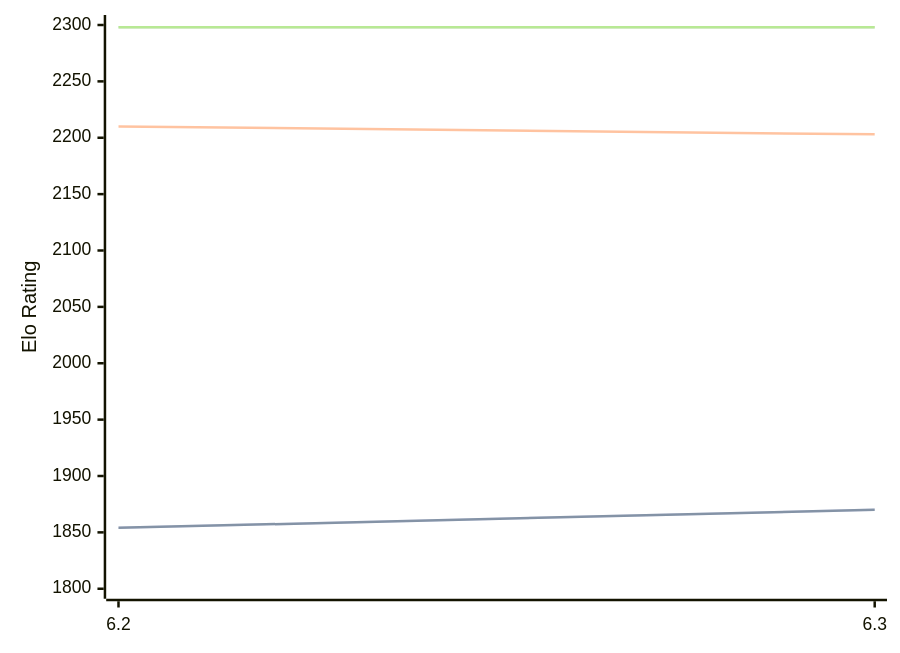
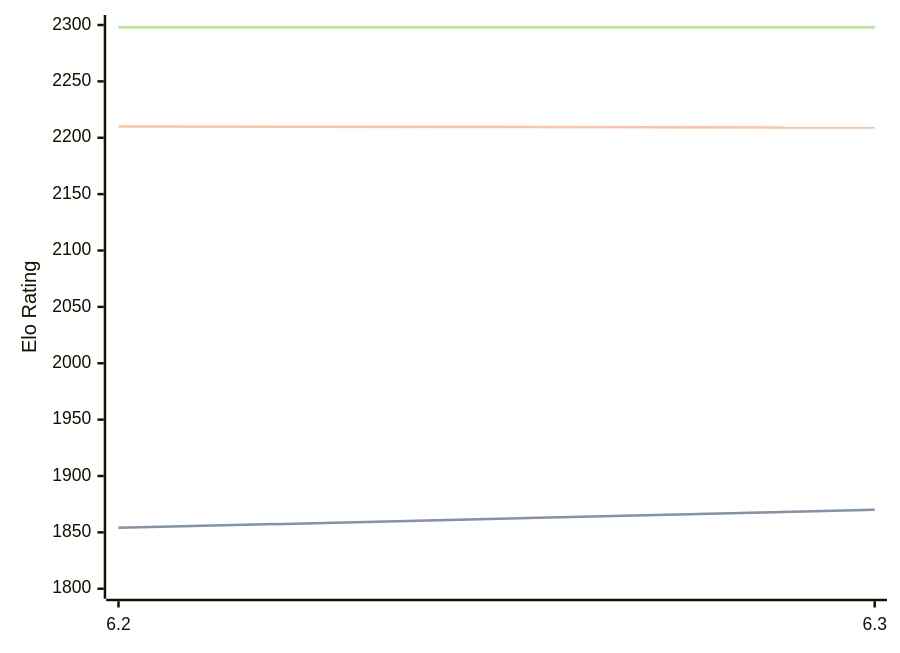
Before and after one commit to computer-chess-index/cci: the diagram in engines/chess4j.md, drawn with Mermaid. The commit also changed other lines of this file, not shown here.

````diff
--- a/engines/chess4j.md
+++ b/engines/chess4j.md
@@ -32,11 +32,11 @@
 ```mermaid
 %%{init: {"theme":"base","themeVariables":{"seriesColors:['#a3a3a3','#222221','#faa371']}}}%%
 xychart-beta
   x-axis ["6.2", "6.3"]
   y-axis "Elo Rating" 1800 --> 2300
   line "" [1854, 1870]
   line "STC (8.0+0.08s)" [1854, 1870]
-  line "LTC (60.0+0.60s)" [2210, 2203]
+  line "LTC (60.0+0.60s)" [2210, 2209]
   line "" [2298, 2298]
   line "VLTC (2m24s+1.12s)" [2298, 2298]
 ```
````
